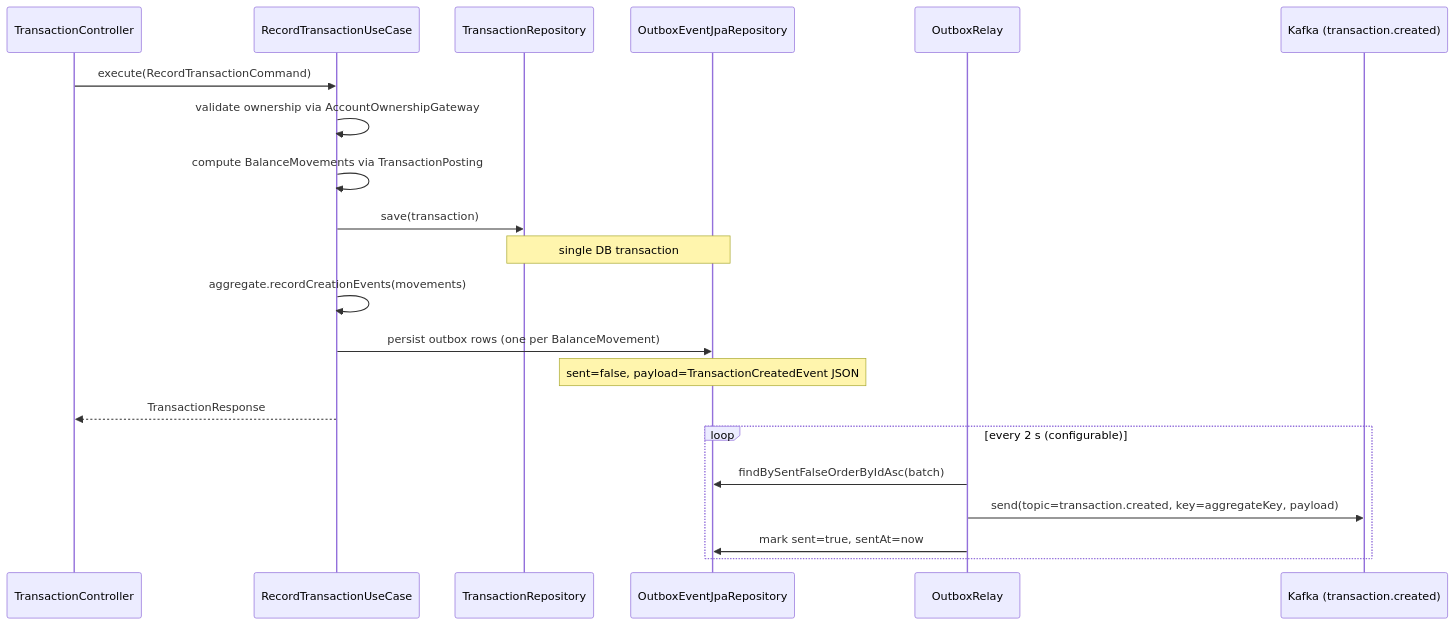
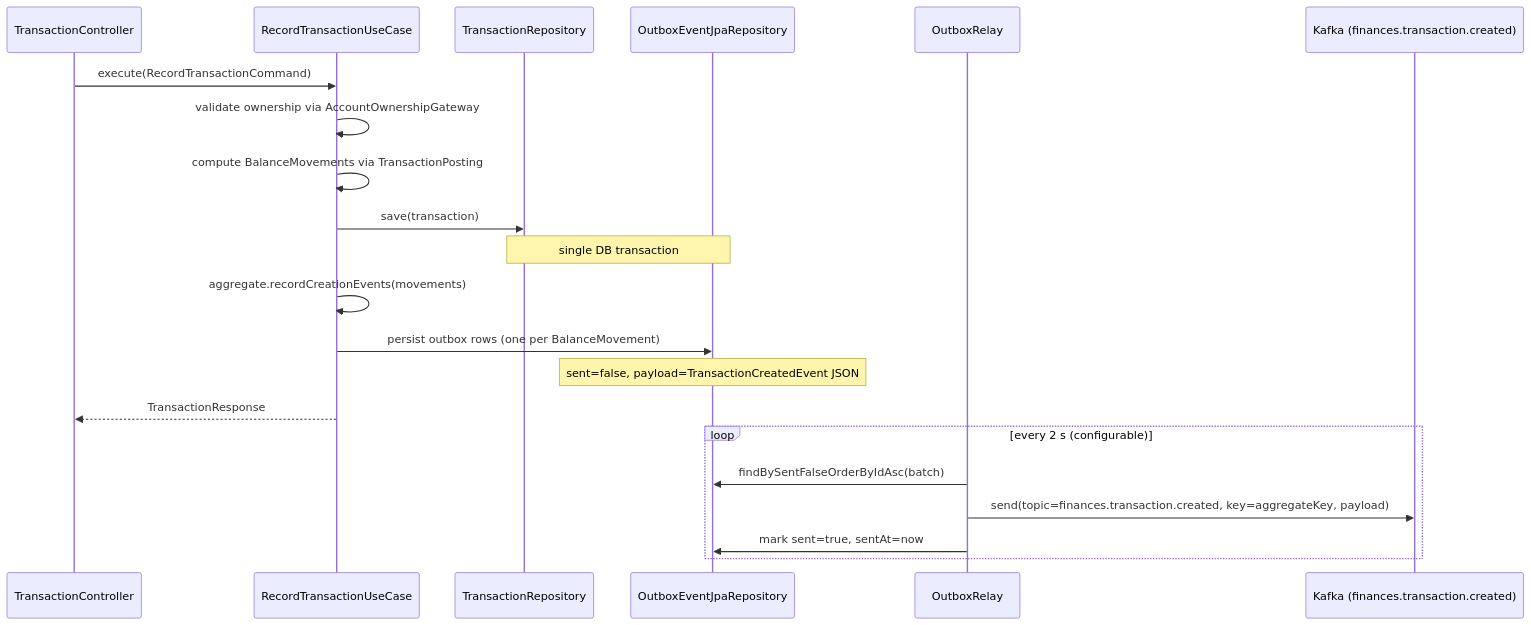
Before and after one commit to Sergio-Smirnoff/financial-app: the first of 2 diagrams in docs/specs/services/ms-finances.md, drawn with Mermaid. The commit also changed other lines of this file and 4 other files, not shown here.

Commit message:
docs(specs): sync service specs to CloudEvents Kafka — topic <context>.<event>, binary mode, outbox everywhere, ce_id dedup, DLQ; banks producer role; reminders moved from finances to banks

````diff
--- a/docs/specs/services/ms-finances.md
+++ b/docs/specs/services/ms-finances.md
@@ -100,25 +100,25 @@
 ```mermaid
 sequenceDiagram
     participant C as TransactionController
     participant UC as RecordTransactionUseCase
     participant R as TransactionRepository
     participant OB as OutboxEventJpaRepository
     participant REL as OutboxRelay
-    participant K as Kafka (transaction.created)
+    participant K as Kafka (finances.transaction.created)
 
     C->>UC: execute(RecordTransactionCommand)
     UC->>UC: validate ownership via AccountOwnershipGateway
     UC->>UC: compute BalanceMovements via TransactionPosting
     UC->>R: save(transaction)
     note over R,OB: single DB transaction
     UC->>UC: aggregate.recordCreationEvents(movements)
     UC->>OB: persist outbox rows (one per BalanceMovement)
     note over OB: sent=false, payload=TransactionCreatedEvent JSON
     UC-->>C: TransactionResponse
 
     loop every 2 s (configurable)
         REL->>OB: findBySentFalseOrderByIdAsc(batch)
-        REL->>K: send(topic=transaction.created, key=aggregateKey, payload)
+        REL->>K: send(topic=finances.transaction.created, key=aggregateKey, payload)
         REL->>OB: mark sent=true, sentAt=now
     end
 ```
````
